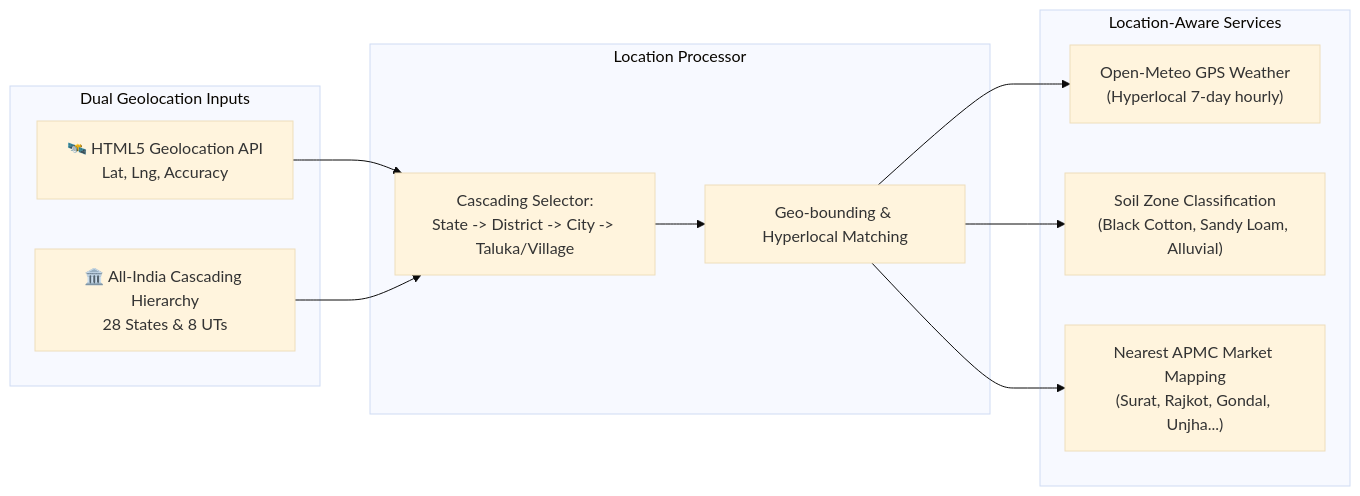
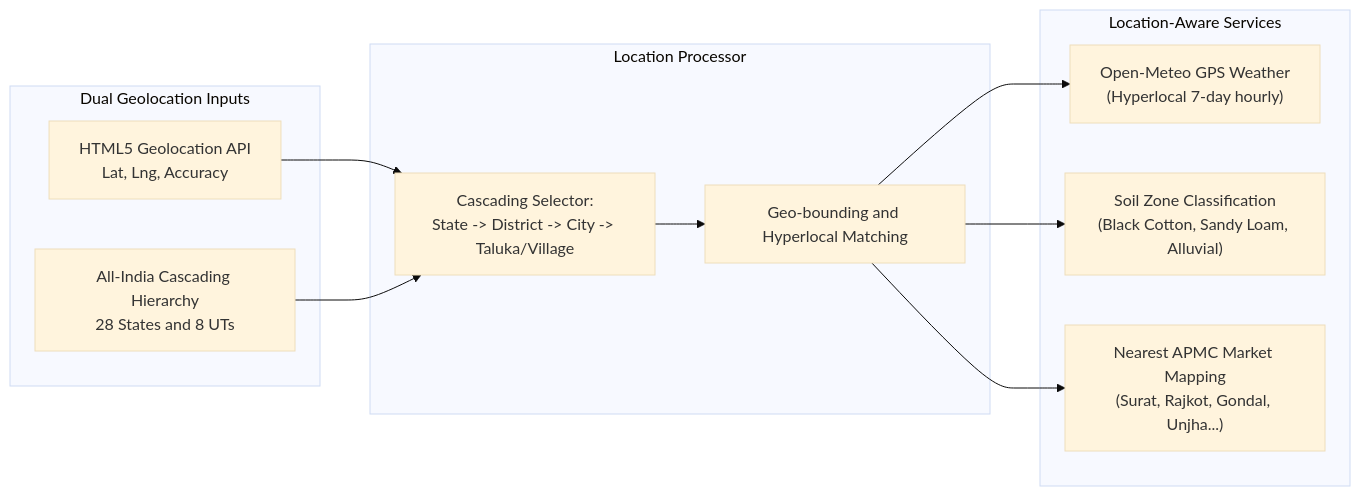
Before and after one commit to Xcoder-69/HACKFORGE: the fifth of 6 diagrams in APP_STRUCTURE.md, drawn with Mermaid (base theme). The commit also changed other lines of this file and 3 other files, not shown here.

````diff
--- a/APP_STRUCTURE.md
+++ b/APP_STRUCTURE.md
@@ -233,23 +233,23 @@
 ```mermaid
 flowchart LR
     subgraph GeoInputs ["Dual Geolocation Inputs"]
-        GPS["🛰️ HTML5 Geolocation API\nLat, Lng, Accuracy"]
-        DIR["🏛️ All-India Cascading Hierarchy\n28 States & 8 UTs"]
+        GPS["HTML5 Geolocation API\nLat, Lng, Accuracy"]
+        DIR["All-India Cascading Hierarchy\n28 States and 8 UTs"]
     end
 
     subgraph Processing ["Location Processor"]
         CAS["Cascading Selector:\nState -> District -> City -> Taluka/Village"]
-        BOUND["Geo-bounding & Hyperlocal Matching"]
+        BOUND["Geo-bounding and Hyperlocal Matching"]
     end
 
     subgraph ServiceIntegrations ["Location-Aware Services"]
         WX["Open-Meteo GPS Weather\n(Hyperlocal 7-day hourly)"]
         SOIL["Soil Zone Classification\n(Black Cotton, Sandy Loam, Alluvial)"]
         MANDI["Nearest APMC Market Mapping\n(Surat, Rajkot, Gondal, Unjha...)"]
     end
 
     GPS & DIR --> CAS --> BOUND
     BOUND --> WX
     BOUND --> SOIL
     BOUND --> MANDI
 ```
````
